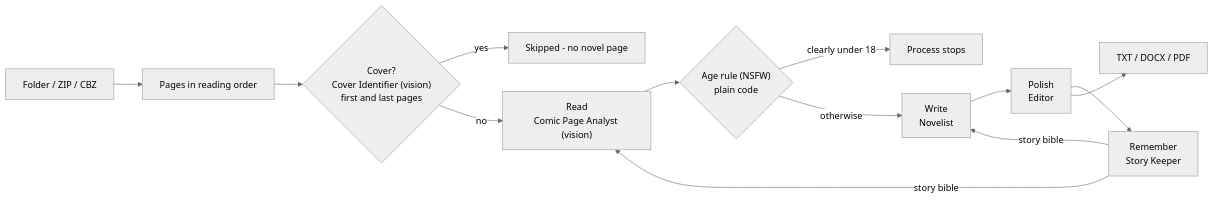
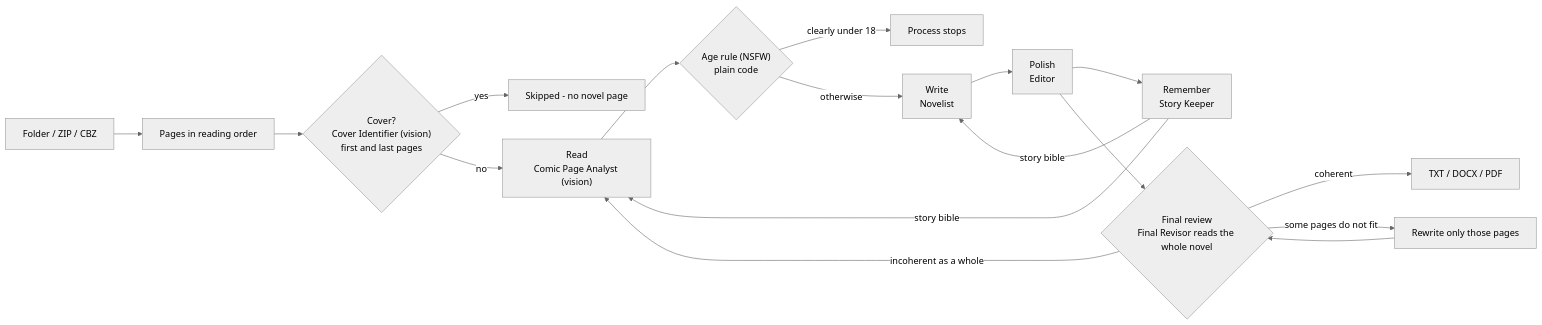
The diagram in README.md (KMC1525/CTS), drawn with Mermaid (neutral theme) before and after one commit. The commit also changed other lines of this file and 20 other files, not shown here.

First line of the commit message:
v0.4.0: Final Revisor and optional system prompt

````diff
--- a/README.md
+++ b/README.md
@@ -73,15 +74,19 @@
 ```mermaid
 flowchart LR
     A[Folder / ZIP / CBZ] --> B[Pages in reading order]
     B --> K{"Cover?<br/>Cover Identifier (vision)<br/>first and last pages"}
     K -->|yes| X[Skipped - no novel page]
     K -->|no| C["Read<br/>Comic Page Analyst (vision)"]
     C --> D{"Age rule (NSFW)<br/>plain code"}
     D -->|clearly under 18| S[Process stops]
     D -->|otherwise| E["Write<br/>Novelist"]
     E --> F["Polish<br/>Editor"]
     F --> G["Remember<br/>Story Keeper"]
     G -->|story bible| C
     G -->|story bible| E
-    F --> H[TXT / DOCX / PDF]
+    F --> R{"Final review<br/>Final Revisor reads the whole novel"}
+    R -->|coherent| H[TXT / DOCX / PDF]
+    R -->|some pages do not fit| P[Rewrite only those pages]
+    P --> R
+    R -->|incoherent as a whole| C
 ```
````
